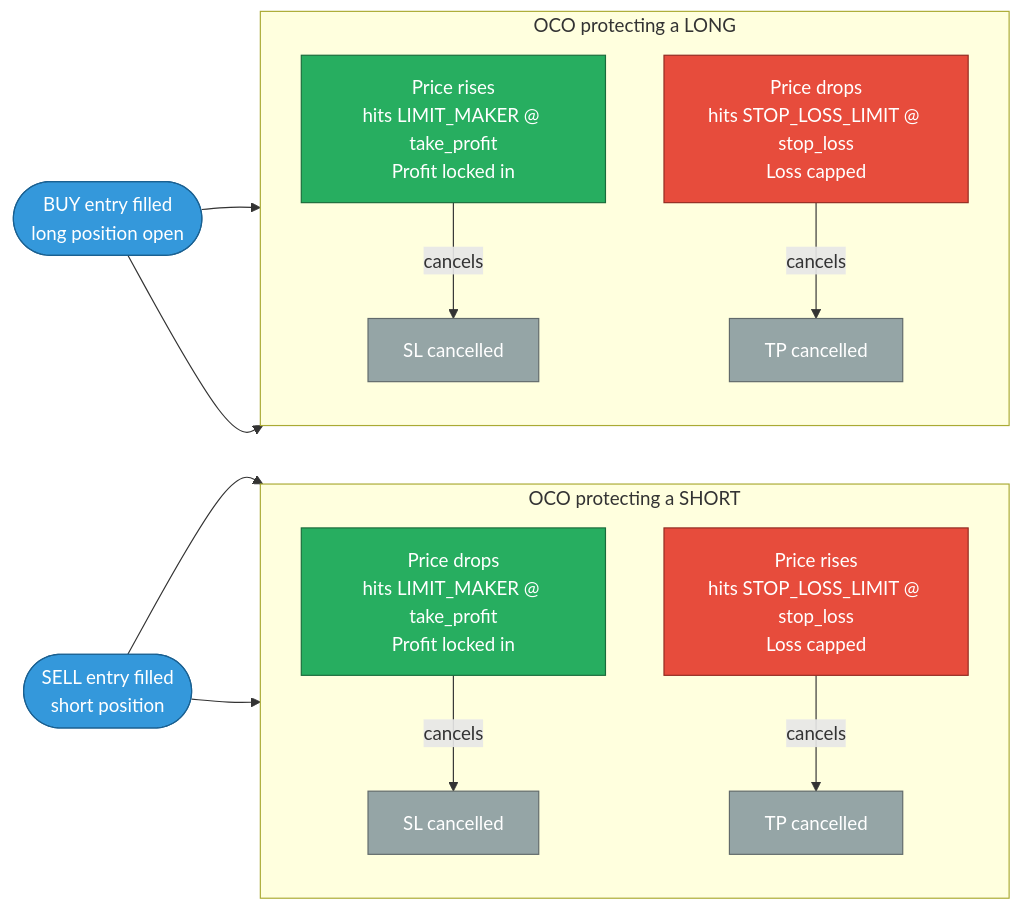
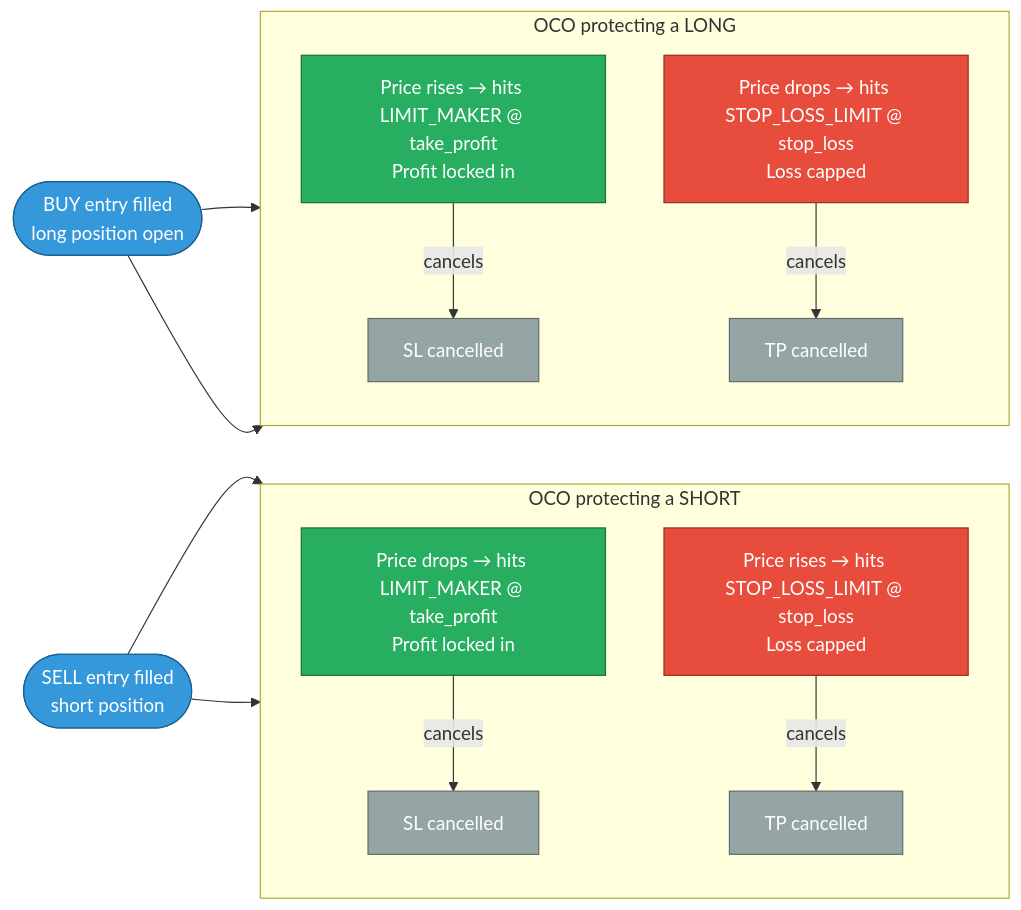
One commit to jiveshanand007/auto-trading-bot changed the fourth of 6 diagrams in docs/flows/trade-execution-flow.md. Above: the diagram before and after it, drawn with Mermaid. The commit also changed other lines of this file and 1 other file, not shown here.

First line of the commit message:
docs: add HLD and update trade execution flow diagrams

````diff
--- a/docs/flows/trade-execution-flow.md
+++ b/docs/flows/trade-execution-flow.md
@@ -108,31 +149,31 @@
 ```mermaid
 flowchart LR
     classDef entry fill:#3498db,stroke:#1a6091,color:#fff
     classDef tp fill:#27ae60,stroke:#1a6b3b,color:#fff
     classDef sl fill:#e74c3c,stroke:#922b21,color:#fff
     classDef cancel fill:#95a5a6,stroke:#616a6b,color:#fff
 
     BUY_ENTRY(["BUY entry filled\nlong position open"]):::entry
     SELL_ENTRY(["SELL entry filled\nshort position"]):::entry
 
     subgraph BUY_OCO ["OCO protecting a LONG"]
         direction TB
-        BUY_TP["Price rises\nhits LIMIT_MAKER @ take_profit\nProfit locked in"]:::tp
-        BUY_SL["Price drops\nhits STOP_LOSS_LIMIT @ stop_loss\nLoss capped"]:::sl
+        BUY_TP["Price rises → hits LIMIT_MAKER @ take_profit\nProfit locked in"]:::tp
+        BUY_SL["Price drops → hits STOP_LOSS_LIMIT @ stop_loss\nLoss capped"]:::sl
         BUY_TP -->|"cancels"| BUY_SL_CANCEL["SL cancelled"]:::cancel
         BUY_SL -->|"cancels"| BUY_TP_CANCEL["TP cancelled"]:::cancel
     end
 
     subgraph SELL_OCO ["OCO protecting a SHORT"]
         direction TB
-        SELL_TP["Price drops\nhits LIMIT_MAKER @ take_profit\nProfit locked in"]:::tp
-        SELL_SL["Price rises\nhits STOP_LOSS_LIMIT @ stop_loss\nLoss capped"]:::sl
+        SELL_TP["Price drops → hits LIMIT_MAKER @ take_profit\nProfit locked in"]:::tp
+        SELL_SL["Price rises → hits STOP_LOSS_LIMIT @ stop_loss\nLoss capped"]:::sl
         SELL_TP -->|"cancels"| SELL_SL_CANCEL["SL cancelled"]:::cancel
         SELL_SL -->|"cancels"| SELL_TP_CANCEL["TP cancelled"]:::cancel
     end
 
     BUY_ENTRY --> BUY_TP
     BUY_ENTRY --> BUY_SL
     SELL_ENTRY --> SELL_TP
     SELL_ENTRY --> SELL_SL
 ```
````
